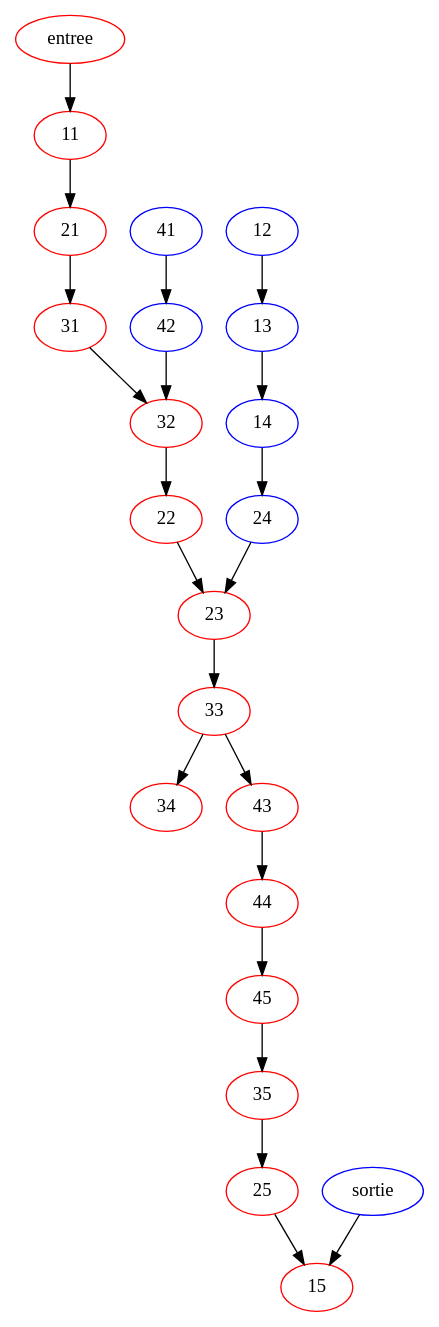
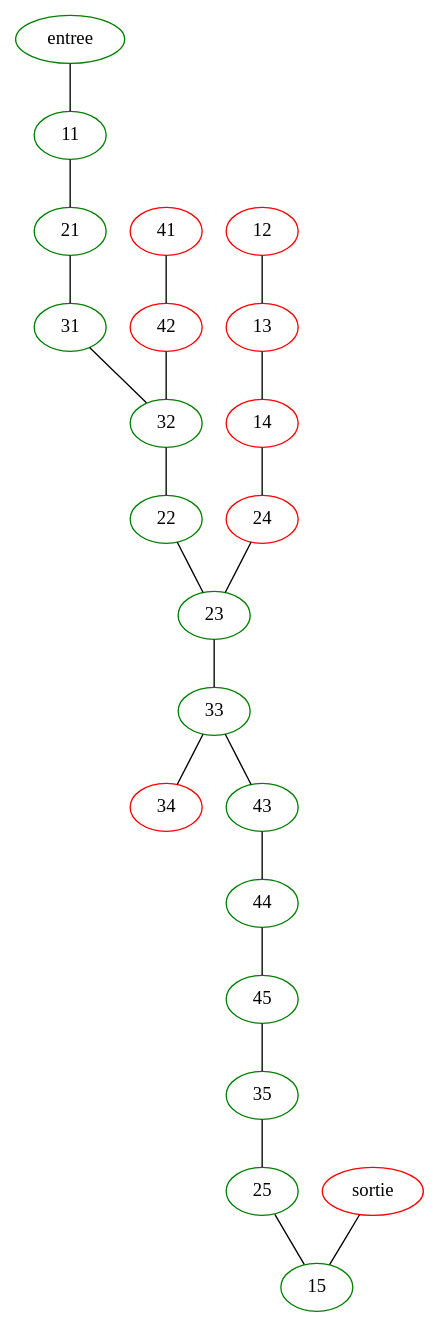
Before and after one commit to ptitguigui/Licence_Info-S5: the diagram in tp_graphes/ctp/graphe.dot, drawn with Graphviz. The commit also changed 4 other files, not shown here.

```diff
--- a/tp_graphes/ctp/graphe.dot
+++ b/tp_graphes/ctp/graphe.dot
@@ -1,45 +1,45 @@
-digraph {
-entree [color=RED]
-sortie [color=BLUE]
-11 [color=RED]
-12 [color=BLUE]
-13 [color=BLUE]
-14 [color=BLUE]
-15 [color=RED]
-21 [color=RED]
-22 [color=RED]
-23 [color=RED]
-24 [color=BLUE]
-25 [color=RED]
-31 [color=RED]
-32 [color=RED]
-33 [color=RED]
+graph {
+entree [color=GREEN]
+sortie [color=RED]
+11 [color=GREEN]
+12 [color=RED]
+13 [color=RED]
+14 [color=RED]
+15 [color=GREEN]
+21 [color=GREEN]
+22 [color=GREEN]
+23 [color=GREEN]
+24 [color=RED]
+25 [color=GREEN]
+31 [color=GREEN]
+32 [color=GREEN]
+33 [color=GREEN]
 34 [color=RED]
-35 [color=RED]
-41 [color=BLUE]
-42 [color=BLUE]
-43 [color=RED]
-44 [color=RED]
-45 [color=RED]
-entree -> 11
-sortie -> 15
-11 -> 21
-21 -> 31
-31 -> 32
-41 -> 42
-42 -> 32
-32 -> 22
-22 -> 23
-12 -> 13
-13 -> 14
-14 -> 24
-24 -> 23
-23 -> 33
-33 -> 34
-33 -> 43
-43 -> 44
-44 -> 45
-45 -> 35
-35 -> 25
-25 -> 15
+35 [color=GREEN]
+41 [color=RED]
+42 [color=RED]
+43 [color=GREEN]
+44 [color=GREEN]
+45 [color=GREEN]
+entree -- 11
+sortie -- 15
+11 -- 21
+21 -- 31
+31 -- 32
+41 -- 42
+42 -- 32
+32 -- 22
+22 -- 23
+12 -- 13
+13 -- 14
+14 -- 24
+24 -- 23
+23 -- 33
+33 -- 34
+33 -- 43
+43 -- 44
+44 -- 45
+45 -- 35
+35 -- 25
+25 -- 15
 }
```
